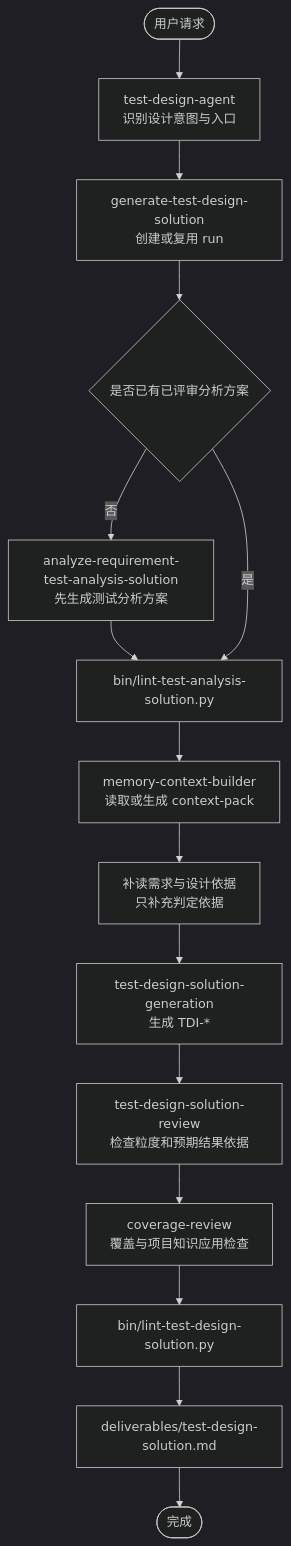
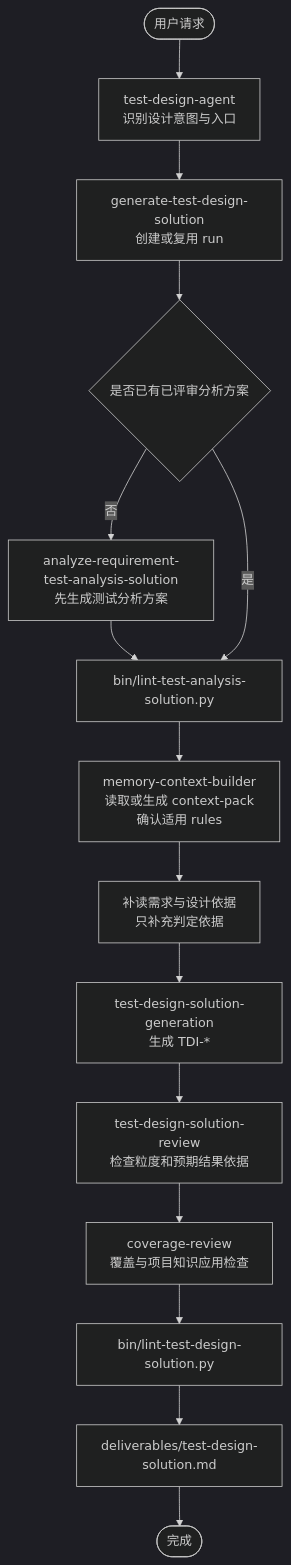
One commit to szluoqy-byte/Test-Analysis-Agent-MM changed the diagram in docs/test-design-agent-design.md. Above: the diagram before and after it, drawn with Mermaid (dark theme). The commit also changed other lines of this file and 46 other files, not shown here.

````diff
--- a/docs/test-design-agent-design.md
+++ b/docs/test-design-agent-design.md
@@ -61,18 +63,18 @@
 ```mermaid
 flowchart TD
   start([用户请求])
   start --> agent[test-design-agent<br/>识别设计意图与入口]
   agent --> main[generate-test-design-solution<br/>创建或复用 run]
   main --> hasAnalysis{是否已有已评审分析方案}
   hasAnalysis -- 否 --> analysis[analyze-requirement-test-analysis-solution<br/>先生成测试分析方案]
   analysis --> analysisCheck[bin/lint-test-analysis-solution.py]
   hasAnalysis -- 是 --> analysisCheck
-  analysisCheck --> ctx[memory-context-builder<br/>读取或生成 context-pack]
+  analysisCheck --> ctx[memory-context-builder<br/>读取或生成 context-pack<br/>确认适用 rules]
   ctx --> basis[补读需求与设计依据<br/>只补充判定依据]
   basis --> generation[test-design-solution-generation<br/>生成 TDI-*]
   generation --> review[test-design-solution-review<br/>检查粒度和预期结果依据]
   review --> coverage[coverage-review<br/>覆盖与项目知识应用检查]
   coverage --> lint[bin/lint-test-design-solution.py]
   lint --> output[deliverables/test-design-solution.md]
   output --> finish([完成])
 ```
````
